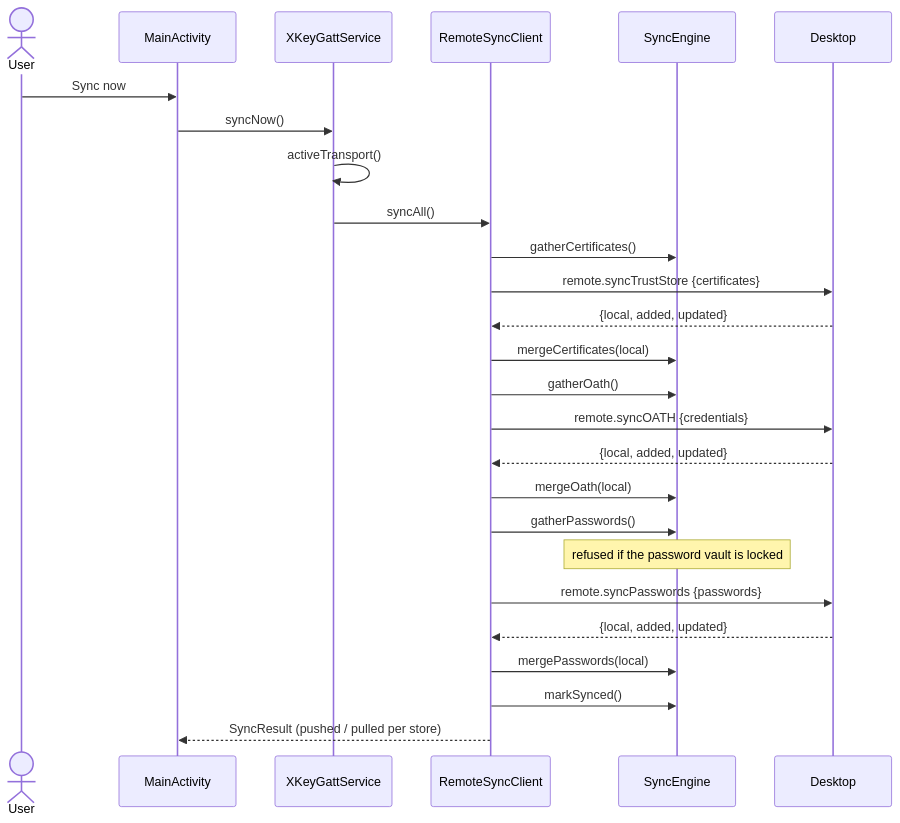
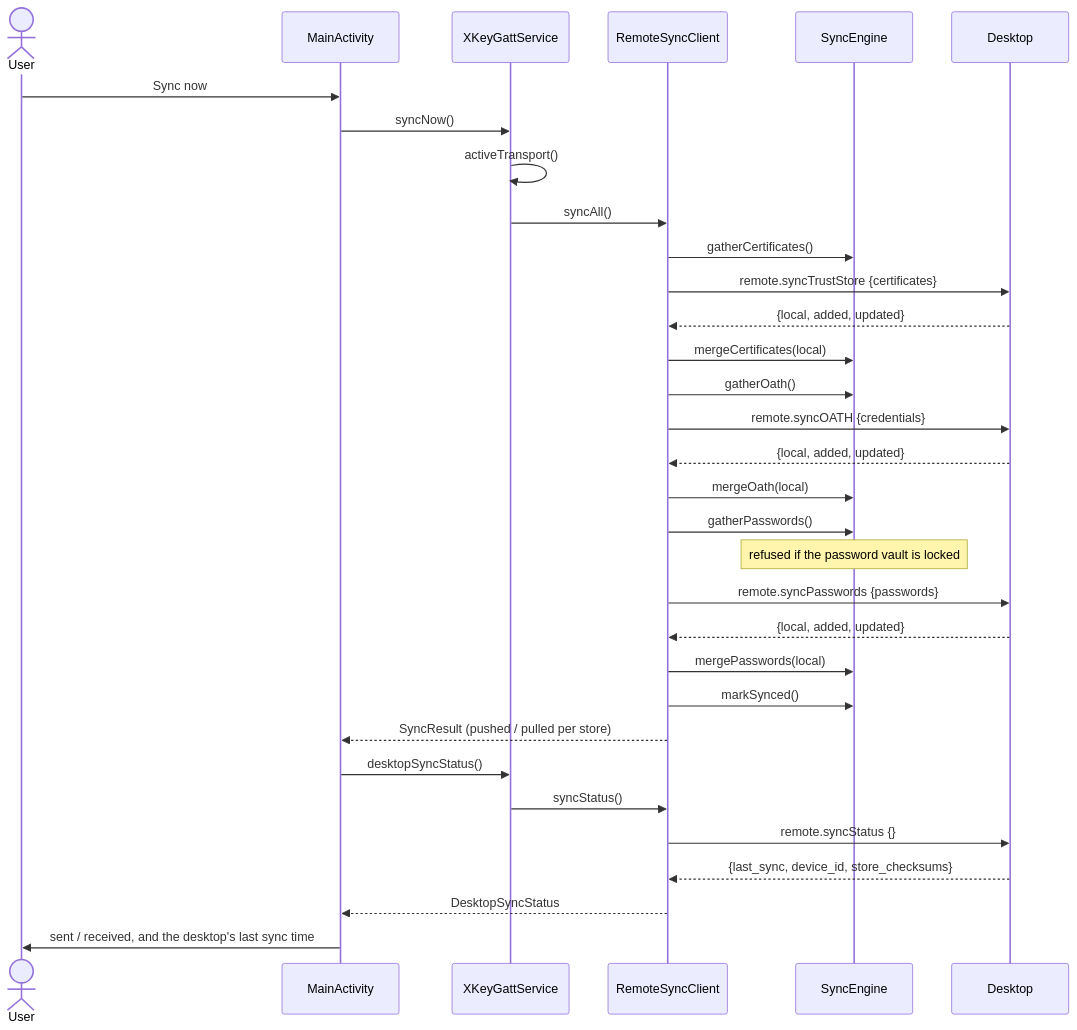
The diagram in docs/store-sync/architecture.md (jeremyhahn/xkey-android), drawn with Mermaid before and after one commit. The commit also changed other lines of this file and 2 other files, not shown here.

First line of the commit message:
docs: store-sync and remote-backup-password for listBackups and syncStatus

````diff
--- a/docs/store-sync/architecture.md
+++ b/docs/store-sync/architecture.md
@@ -73,29 +85,35 @@
 ```mermaid
 sequenceDiagram
     actor User
     participant UI as MainActivity
     participant Svc as XKeyGattService
     participant RSC as RemoteSyncClient
     participant Eng as SyncEngine
     participant Desk as Desktop
 
     User->>UI: Sync now
     UI->>Svc: syncNow()
     Svc->>Svc: activeTransport()
     Svc->>RSC: syncAll()
     RSC->>Eng: gatherCertificates()
     RSC->>Desk: remote.syncTrustStore {certificates}
     Desk-->>RSC: {local, added, updated}
     RSC->>Eng: mergeCertificates(local)
     RSC->>Eng: gatherOath()
     RSC->>Desk: remote.syncOATH {credentials}
     Desk-->>RSC: {local, added, updated}
     RSC->>Eng: mergeOath(local)
     RSC->>Eng: gatherPasswords()
     Note over Eng: refused if the password vault is locked
     RSC->>Desk: remote.syncPasswords {passwords}
     Desk-->>RSC: {local, added, updated}
     RSC->>Eng: mergePasswords(local)
     RSC->>Eng: markSynced()
     RSC-->>UI: SyncResult (pushed / pulled per store)
+    UI->>Svc: desktopSyncStatus()
+    Svc->>RSC: syncStatus()
+    RSC->>Desk: remote.syncStatus {}
+    Desk-->>RSC: {last_sync, device_id, store_checksums}
+    RSC-->>UI: DesktopSyncStatus
+    UI->>User: sent / received, and the desktop's last sync time
 ```
````
